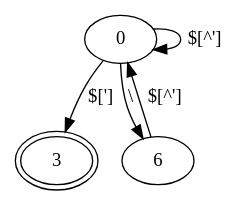
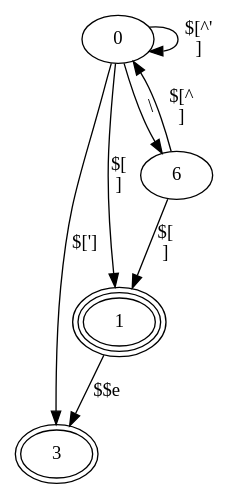
The diagram in lua/string_constant_1.dot (aoyako/682-Lexer), drawn with Graphviz before and after one commit. The commit also changed 7 other files, not shown here.

```diff
--- a/lua/string_constant_1.dot
+++ b/lua/string_constant_1.dot
@@ -1,7 +1,13 @@
 digraph string_constant_1 {
     3 [peripheries=2]
+    1 [peripheries=3]
+
     0 -> 3 [label="$[\']"]
     0 -> 6 [label="\\"]
-    6 -> 0 [label="$[^\']"]
-    0 -> 0 [label="$[^\']"]
+    6 -> 0 [label="$[^\n]"]
+    0 -> 0 [label="$[^\'\n]"]
+
+    0 -> 1 [label="$[\n]"]
+    6 -> 1 [label="$[\n]"]
+    1 -> 3 [label="$$e"]
 }
```
